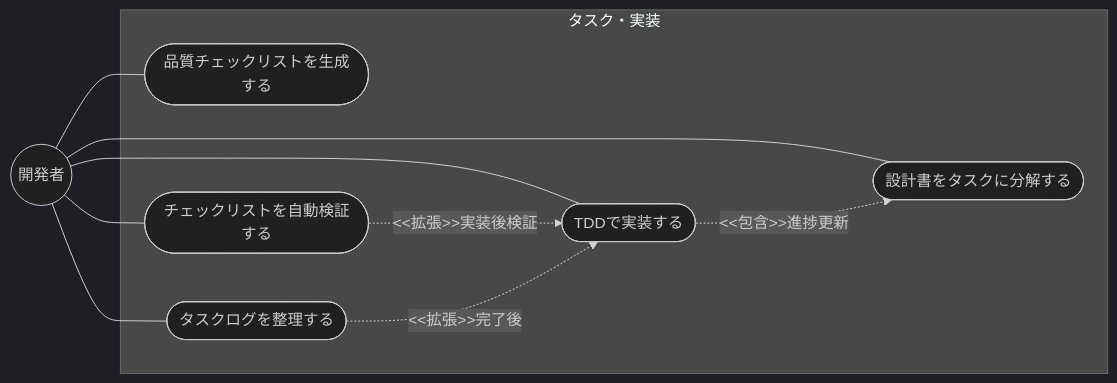
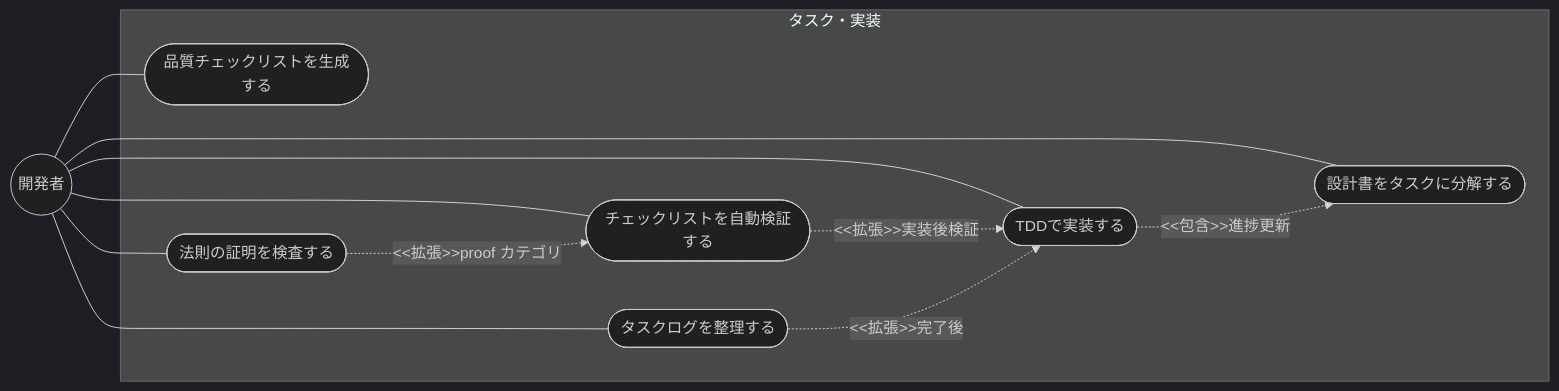
The first of 2 diagrams in .sdd/requirement/task-implementation/index.md (ToshikiImagawa/ai-sdd-workflow-dev), drawn with Mermaid before and after one commit. The commit also changed other lines of this file and 9 other files, not shown here.

````diff
--- a/.sdd/requirement/task-implementation/index.md
+++ b/.sdd/requirement/task-implementation/index.md
@@ -49,22 +50,25 @@
 ```mermaid
 %%{init: {'theme': 'dark'}}%%
 flowchart LR
     Developer((開発者))
 
     subgraph TaskImplementation["タスク・実装"]
         BreakdownTasks([設計書をタスクに分解する])
         ImplementTdd([TDDで実装する])
         GenerateChecklist([品質チェックリストを生成する])
         RunChecklist([チェックリストを自動検証する])
+        RunProof([法則の証明を検査する])
         CleanupTasks([タスクログを整理する])
     end
 
     Developer --- BreakdownTasks
     Developer --- ImplementTdd
     Developer --- GenerateChecklist
     Developer --- RunChecklist
+    Developer --- RunProof
     Developer --- CleanupTasks
     ImplementTdd -.->|"<<包含>>進捗更新"| BreakdownTasks
     RunChecklist -.->|"<<拡張>>実装後検証"| ImplementTdd
+    RunProof -.->|"<<拡張>>proof カテゴリ"| RunChecklist
     CleanupTasks -.->|"<<拡張>>完了後"| ImplementTdd
 ```
````
